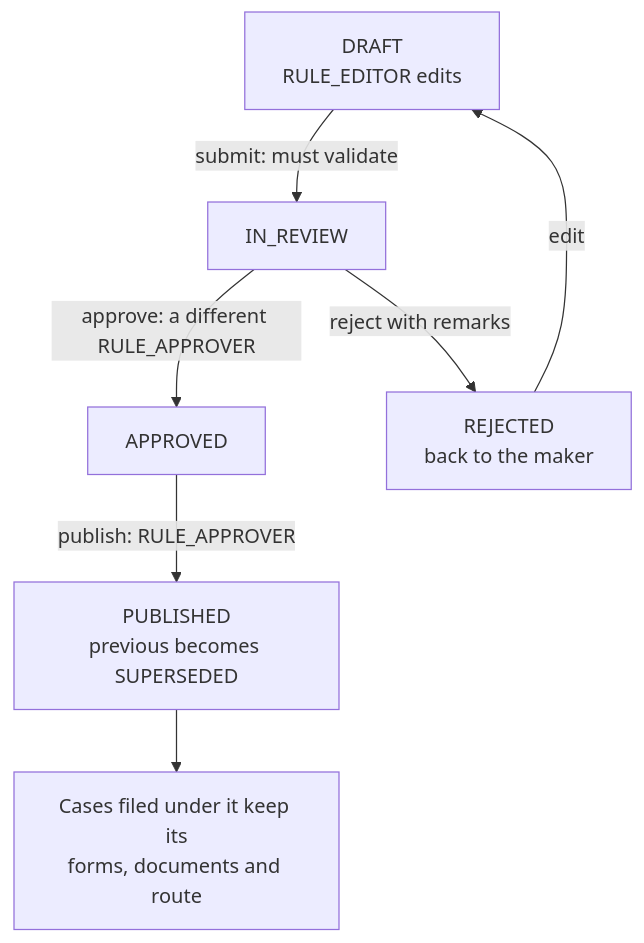
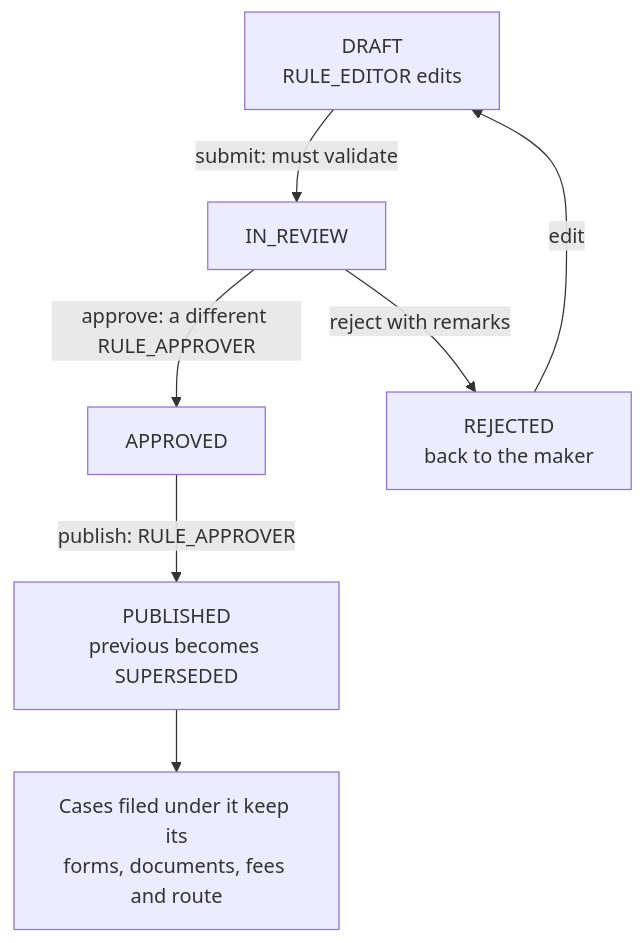
One commit to sanjayvasudevan-c/SIH_project-repo changed the fourth of 4 diagrams in docs/evidence/WORKFLOW.md. Above: the diagram before and after it, drawn with Mermaid. The commit also changed other lines of this file, not shown here.

First line of the commit message:
Docs: tighten workflow diagram claims and caveats

````diff
--- a/docs/evidence/WORKFLOW.md
+++ b/docs/evidence/WORKFLOW.md
@@ -69,9 +82,9 @@
 ```mermaid
 flowchart TD
   D["DRAFT<br/>RULE_EDITOR edits"] -->|"submit: must validate"| R["IN_REVIEW"]
   R -->|"approve: a different RULE_APPROVER"| A["APPROVED"]
   R -->|"reject with remarks"| X["REJECTED<br/>back to the maker"]
   X -->|"edit"| D
   A -->|"publish: RULE_APPROVER"| P["PUBLISHED<br/>previous becomes SUPERSEDED"]
-  P --> K["Cases filed under it keep its<br/>forms, documents and route"]
+  P --> K["Cases filed under it keep its<br/>forms, documents, fees and route"]
 ```
````
